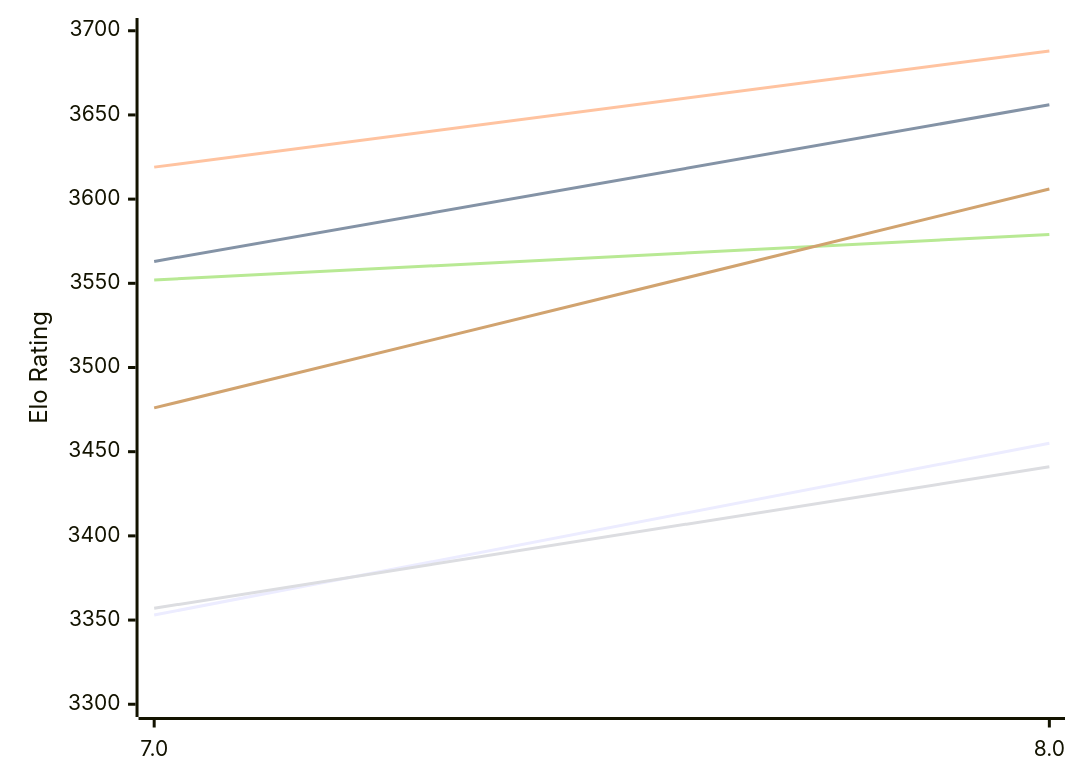
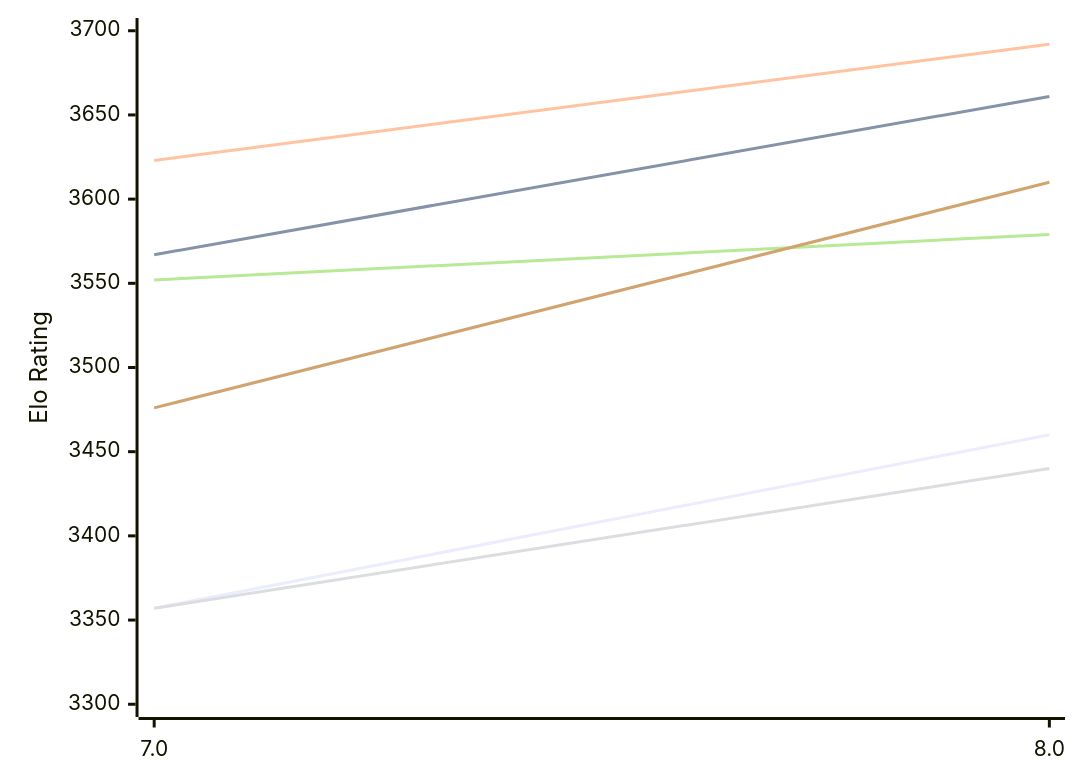
The first of 2 diagrams in engines/Integral.md (computer-chess-index/cci), drawn with Mermaid before and after one commit. The commit also changed other lines of this file, not shown here.

Commit message:
Update CCI Ratings (ELO VLTC) - 2026-11-22

````diff
--- a/engines/Integral.md
+++ b/engines/Integral.md
@@ -50,12 +50,12 @@
 ```mermaid
 %%{init: {"theme":"base","themeVariables":{"seriesColors:['#a3a3a3','#222221','#faa371']}}}%%
 xychart-beta
   x-axis ["7.0", "8.0"]
   y-axis "Elo Rating" 3300 --> 3700
-  line "E1: STC (8.0+0.08s)" [3353, 3455]
-  line "E1: LTC (60.0+0.60s)" [3563, 3656]
-  line "E1: VLTC (2m24s+1.12s)" [3619, 3688]
-  line "P1: STC (8.0+0.08s)" [3357, 3441]
+  line "E1: STC (8.0+0.08s)" [3357, 3460]
+  line "E1: LTC (60.0+0.60s)" [3567, 3661]
+  line "E1: VLTC (2m24s+1.12s)" [3623, 3692]
+  line "P1: STC (8.0+0.08s)" [3357, 3440]
   line "P1: LTC (60.0+0.60s)" [3552, 3579]
-  line "P1: VLTC (2m24s+1.12s)" [3476, 3606]
+  line "P1: VLTC (2m24s+1.12s)" [3476, 3610]
 ```
````
